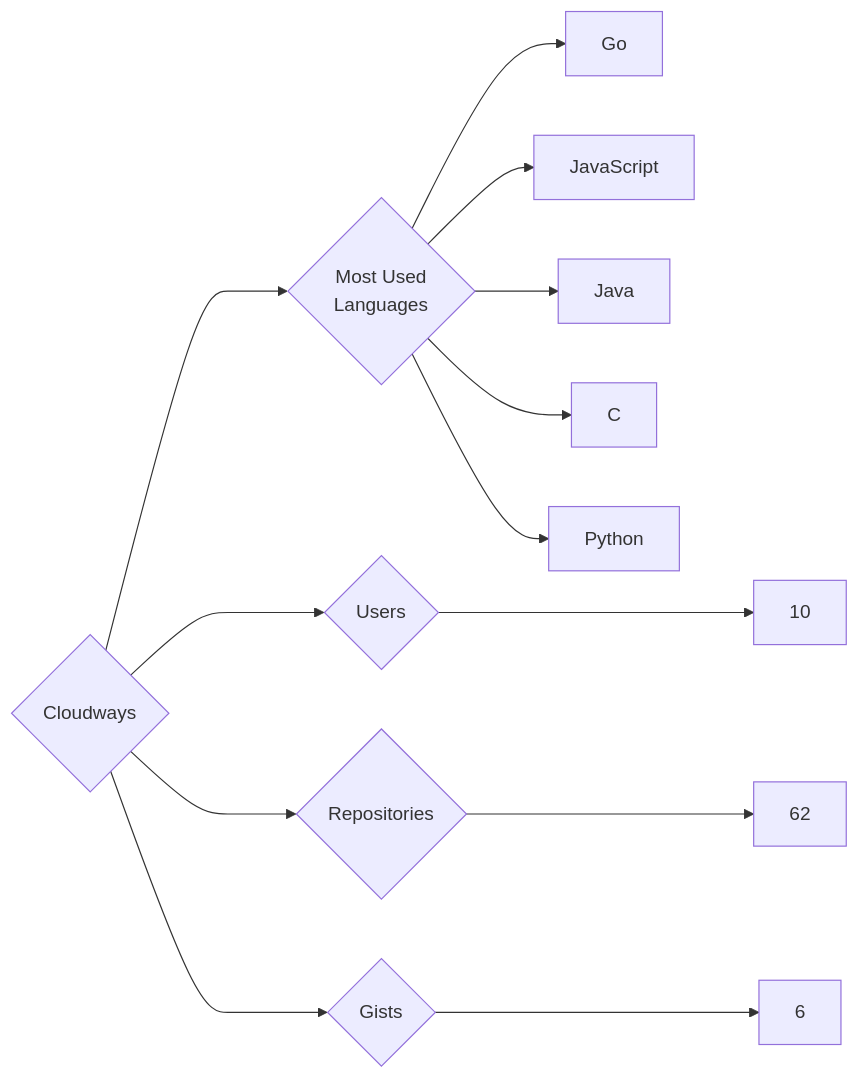
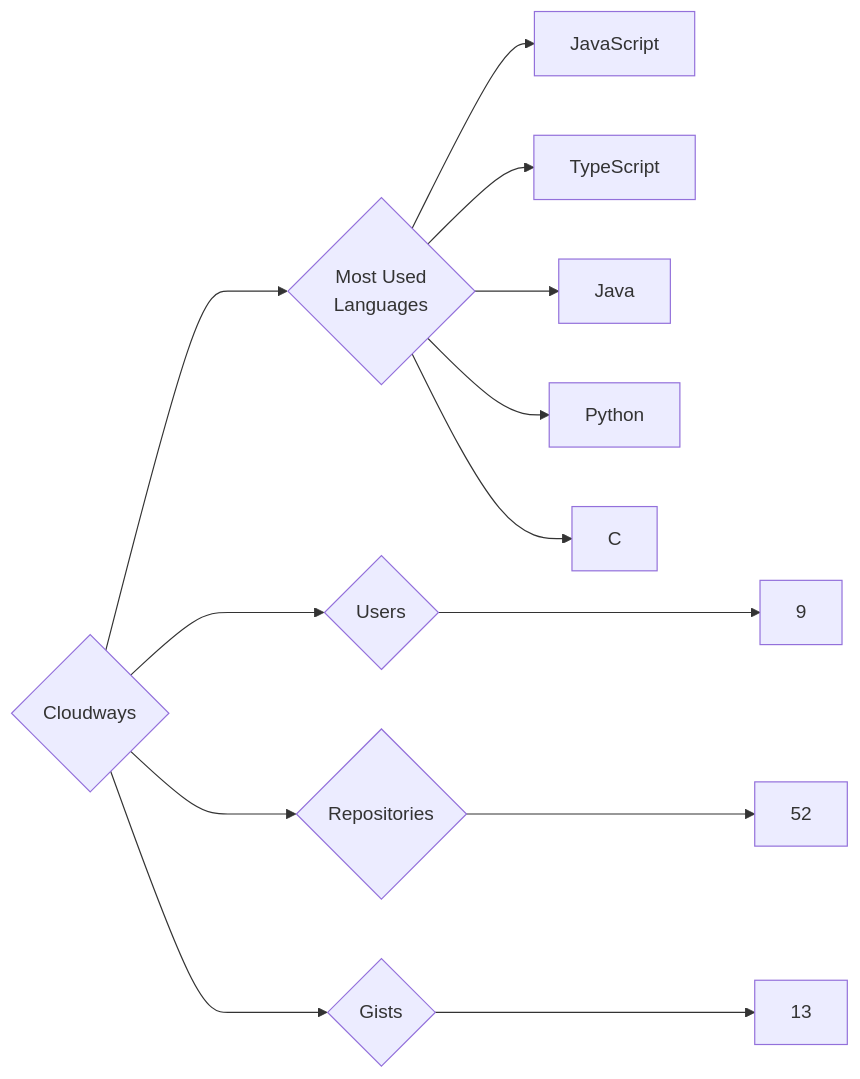
One commit to trickest/insiders changed the diagram in targets/Cloudways/README.md. Above: the diagram before and after it, drawn with Mermaid. The commit also changed 1120 other files, not shown here.

````diff
--- a/targets/Cloudways/README.md
+++ b/targets/Cloudways/README.md
@@ -3,13 +3,13 @@
 ```mermaid
 graph LR
 COMPANY_NAME{Cloudways}
-COMPANY_NAME ---> U{Users} ---> UN[10]
-COMPANY_NAME ---> R{Repositories} ---> RN[62]
-COMPANY_NAME ---> G{Gists} ---> GN[6]
+COMPANY_NAME ---> U{Users} ---> UN[9]
+COMPANY_NAME ---> R{Repositories} ---> RN[52]
+COMPANY_NAME ---> G{Gists} ---> GN[13]
 COMPANY_NAME ---> ML{Most Used<br>Languages}
-ML --> Go[Go]
 ML --> JavaScript[JavaScript]
+ML --> TypeScript[TypeScript]
 ML --> Java[Java]
+ML --> Python[Python]
 ML --> C[C]
-ML --> Python[Python]
 ```
````
